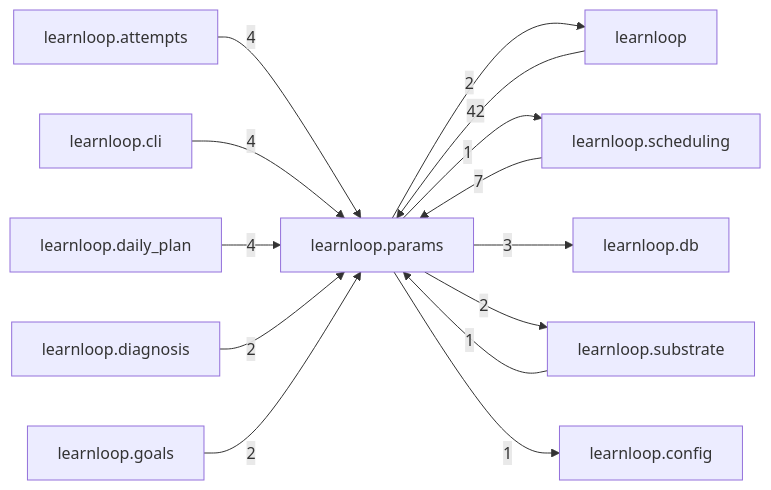
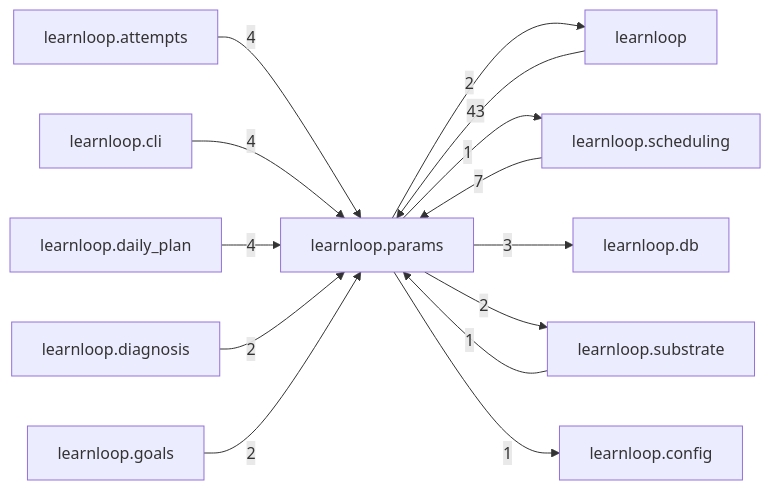
Before and after one commit to 6up-b/learnanything: the diagram in docs/learnloop-architecture-vault/Reference/Modules/learnloop/params/_package.md, drawn with Mermaid. The commit also changed other lines of this file and 542 other files, not shown here.

````diff
--- a/docs/learnloop-architecture-vault/Reference/Modules/learnloop/params/_package.md
+++ b/docs/learnloop-architecture-vault/Reference/Modules/learnloop/params/_package.md
@@ -90,27 +90,27 @@
 ```mermaid
 flowchart LR
     center["learnloop.params"]
     n_learnloop["learnloop"]
     n_learnloop_scheduling["learnloop.scheduling"]
     n_learnloop_attempts["learnloop.attempts"]
     n_learnloop_cli["learnloop.cli"]
     n_learnloop_daily_plan["learnloop.daily_plan"]
     n_learnloop_db["learnloop.db"]
     n_learnloop_substrate["learnloop.substrate"]
     n_learnloop_diagnosis["learnloop.diagnosis"]
     n_learnloop_goals["learnloop.goals"]
     n_learnloop_config["learnloop.config"]
-    n_learnloop -->|42| center
+    n_learnloop -->|43| center
     center -->|2| n_learnloop
     n_learnloop_scheduling -->|7| center
     center -->|1| n_learnloop_scheduling
     n_learnloop_attempts -->|4| center
     n_learnloop_cli -->|4| center
     n_learnloop_daily_plan -->|4| center
     center -->|3| n_learnloop_db
     n_learnloop_substrate -->|1| center
     center -->|2| n_learnloop_substrate
     n_learnloop_diagnosis -->|2| center
     n_learnloop_goals -->|2| center
     center -->|1| n_learnloop_config
 ```
````
